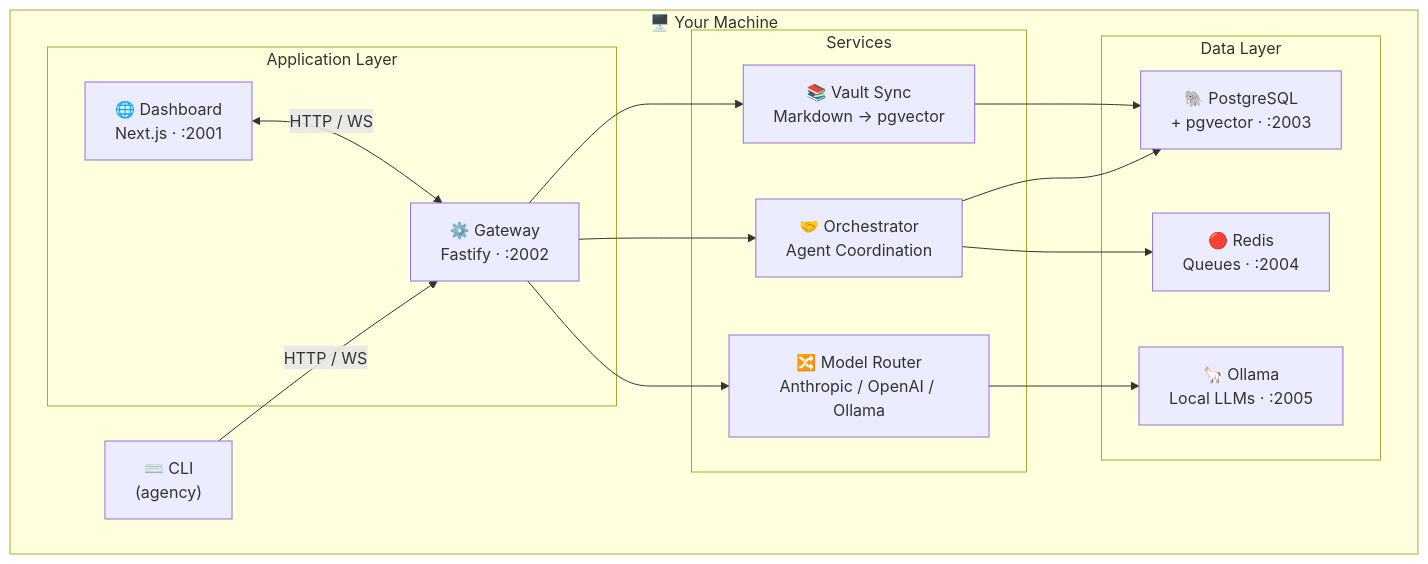
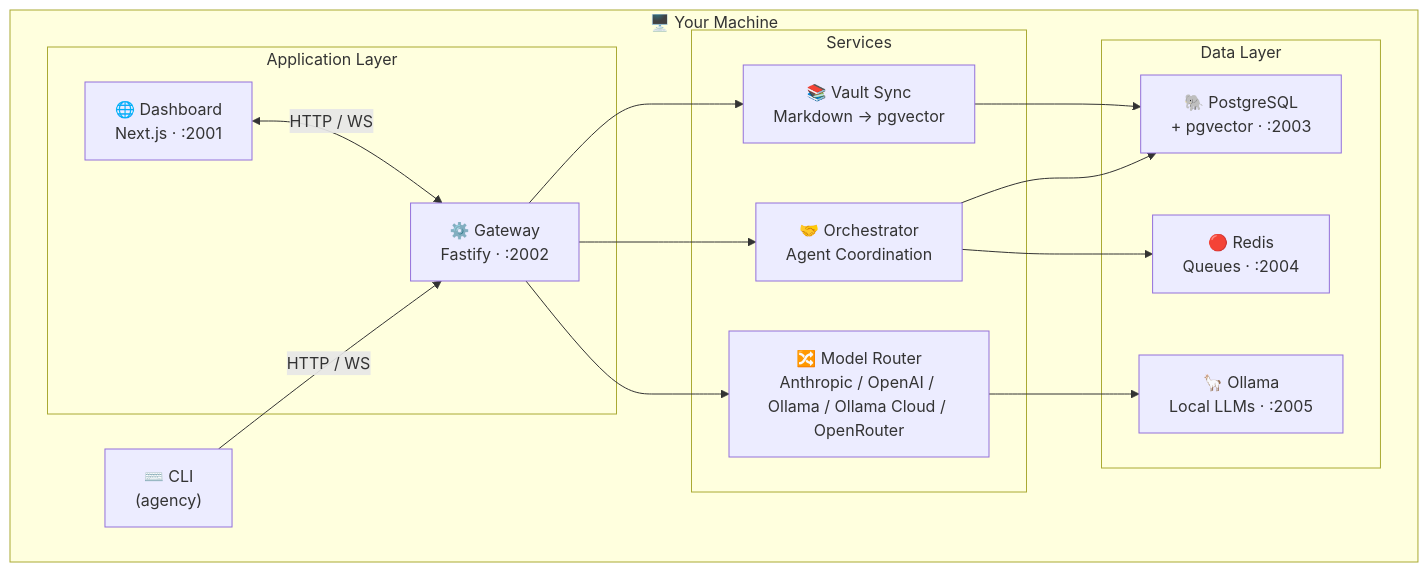
One commit to SinthetikIndustries/Agency changed the diagram in README.md. Above: the diagram before and after it, drawn with Mermaid. The commit also changed other lines of this file, not shown here.

Commit message:
docs: update README for 5-provider model routing (Ollama Cloud + OpenRouter)

````diff
--- a/README.md
+++ b/README.md
@@ -63,33 +63,33 @@
 ```mermaid
 graph TB
     subgraph You["🖥️ Your Machine"]
         CLI["⌨️ CLI<br/>(agency)"]
 
         subgraph App["Application Layer"]
             Dashboard["🌐 Dashboard<br/>Next.js · :2001"]
             Gateway["⚙️ Gateway<br/>Fastify · :2002"]
         end
 
         subgraph Services["Services"]
             Orchestrator["🤝 Orchestrator<br/>Agent Coordination"]
-            ModelRouter["🔀 Model Router<br/>Anthropic / OpenAI / Ollama"]
+            ModelRouter["🔀 Model Router<br/>Anthropic / OpenAI / Ollama / Ollama Cloud / OpenRouter"]
             VaultSync["📚 Vault Sync<br/>Markdown → pgvector"]
         end
 
         subgraph Data["Data Layer"]
             Postgres["🐘 PostgreSQL<br/>+ pgvector · :2003"]
             Redis["🔴 Redis<br/>Queues · :2004"]
             Ollama["🦙 Ollama<br/>Local LLMs · :2005"]
         end
     end
 
     CLI -->|"HTTP / WS"| Gateway
     Dashboard <-->|"HTTP / WS"| Gateway
     Gateway --> Orchestrator
     Gateway --> ModelRouter
     Gateway --> VaultSync
     Orchestrator --> Postgres
     Orchestrator --> Redis
     ModelRouter --> Ollama
     VaultSync --> Postgres
 ```
````
